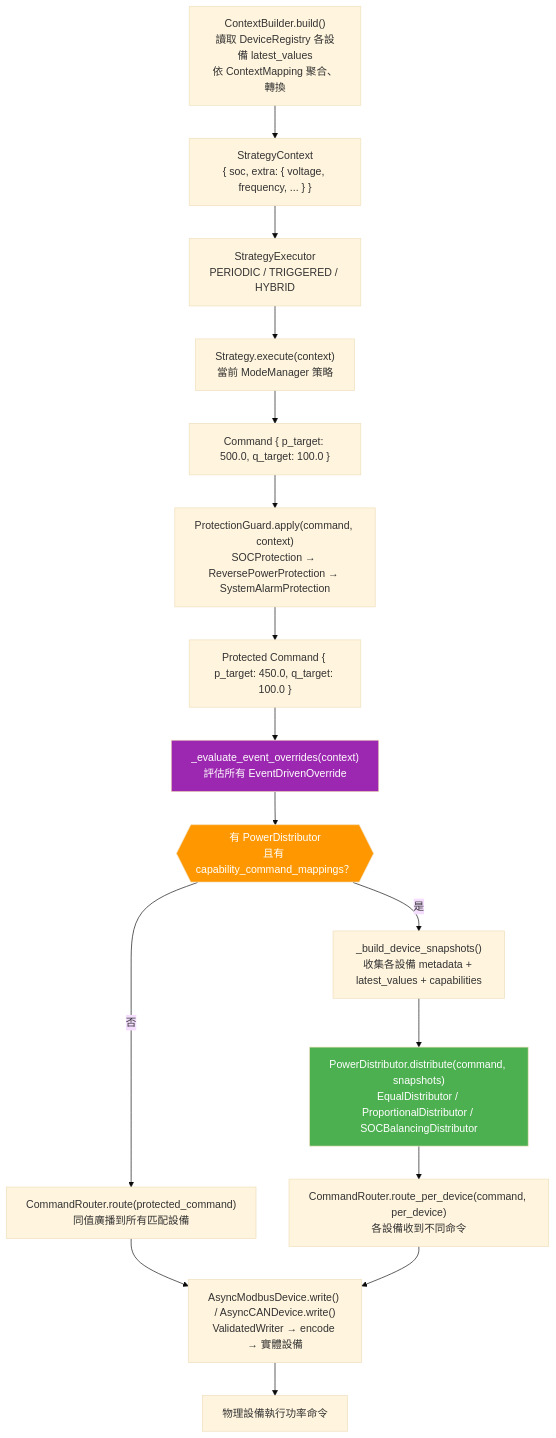
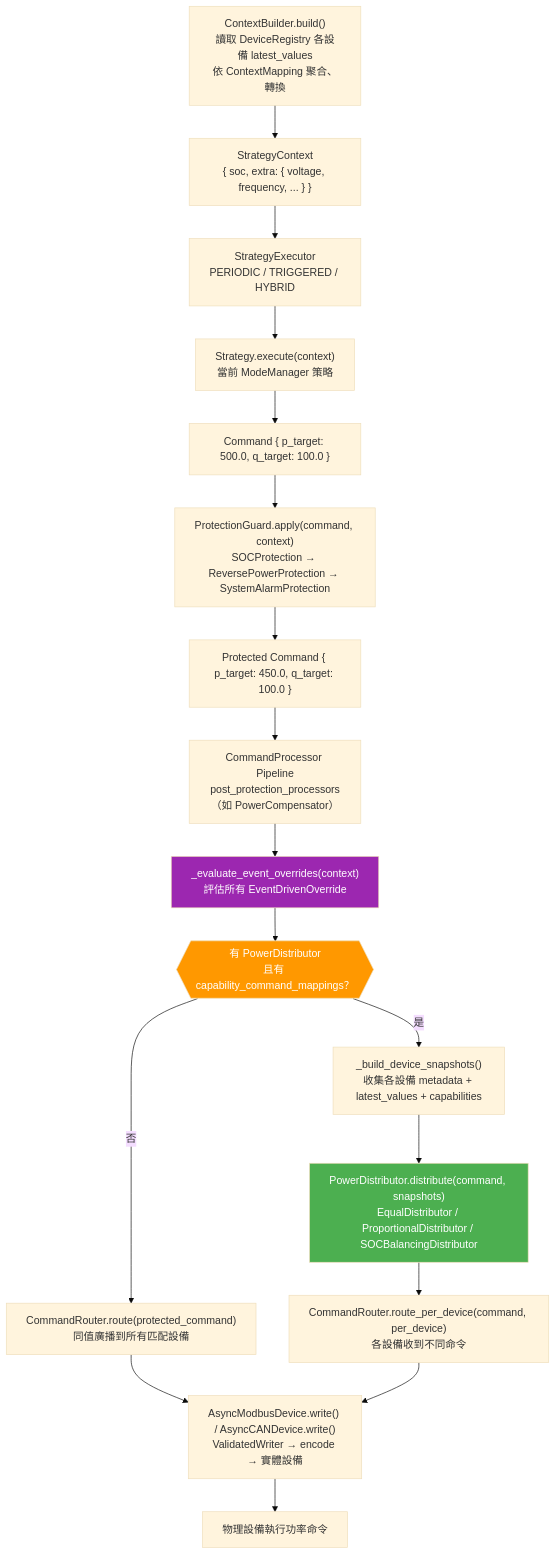
One commit to csp0924/csplib changed the second of 4 diagrams in docs/01-Architecture/Data Flow.md. Above: the diagram before and after it, drawn with Mermaid (base theme). The commit also changed other lines of this file and 15 other files, not shown here.

First line of the commit message:
docs(guides): audit Architecture + Guides + Home.md (DOC-083)

````diff
--- a/docs/01-Architecture/Data Flow.md
+++ b/docs/01-Architecture/Data Flow.md
@@ -75,26 +75,27 @@
 ```mermaid
 flowchart TD
     CB["ContextBuilder.build()\n讀取 DeviceRegistry 各設備 latest_values\n依 ContextMapping 聚合、轉換"] --> SC["StrategyContext\n{ soc, extra: { voltage, frequency, ... } }"]
     SC --> SE["StrategyExecutor\nPERIODIC / TRIGGERED / HYBRID"]
     SE --> EX["Strategy.execute(context)\n當前 ModeManager 策略"]
     EX --> CMD["Command { p_target: 500.0, q_target: 100.0 }"]
     CMD --> PG["ProtectionGuard.apply(command, context)\nSOCProtection → ReversePowerProtection → SystemAlarmProtection"]
     PG --> PCMD["Protected Command { p_target: 450.0, q_target: 100.0 }"]
 
-    PCMD --> EOV["_evaluate_event_overrides(context)\n評估所有 EventDrivenOverride"]
+    PCMD --> PP["CommandProcessor Pipeline\npost_protection_processors\n（如 PowerCompensator）"]
+    PP --> EOV["_evaluate_event_overrides(context)\n評估所有 EventDrivenOverride"]
     EOV --> DIST{{"有 PowerDistributor\n且有 capability_command_mappings？"}}
 
     DIST -- 否 --> CR["CommandRouter.route(protected_command)\n同值廣播到所有匹配設備"]
     DIST -- 是 --> SNAP["_build_device_snapshots()\n收集各設備 metadata + latest_values + capabilities"]
     SNAP --> PD["PowerDistributor.distribute(command, snapshots)\nEqualDistributor / ProportionalDistributor / SOCBalancingDistributor"]
     PD --> PRD["CommandRouter.route_per_device(command, per_device)\n各設備收到不同命令"]
 
     CR --> WRITE["AsyncModbusDevice.write() / AsyncCANDevice.write()\nValidatedWriter → encode → 實體設備"]
     PRD --> WRITE
 
     WRITE --> HW["物理設備執行功率命令"]
 
     style DIST fill:#FF9800,color:#fff
     style PD fill:#4CAF50,color:#fff
     style EOV fill:#9C27B0,color:#fff
 ```
````
